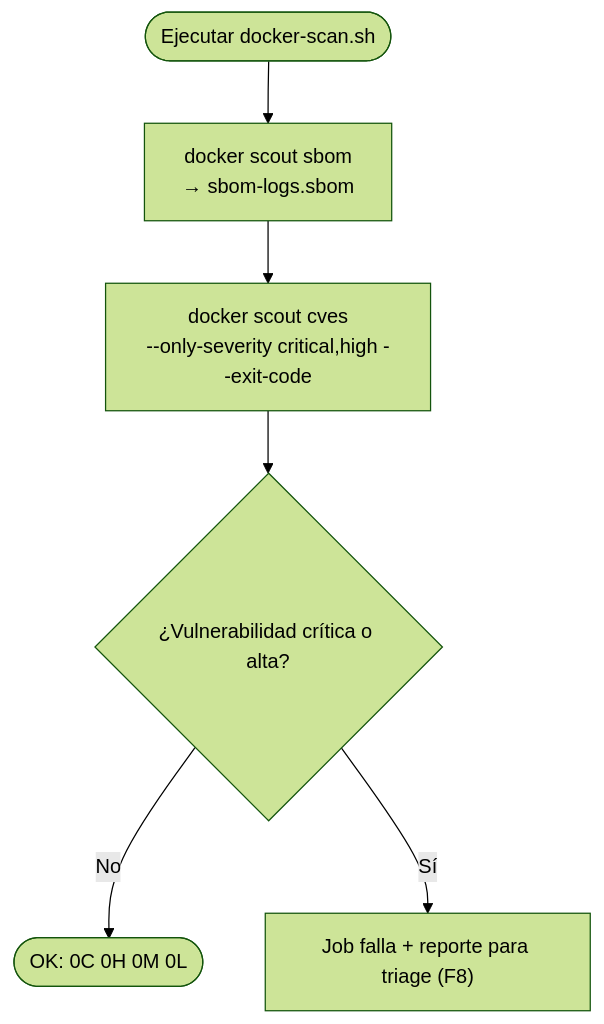
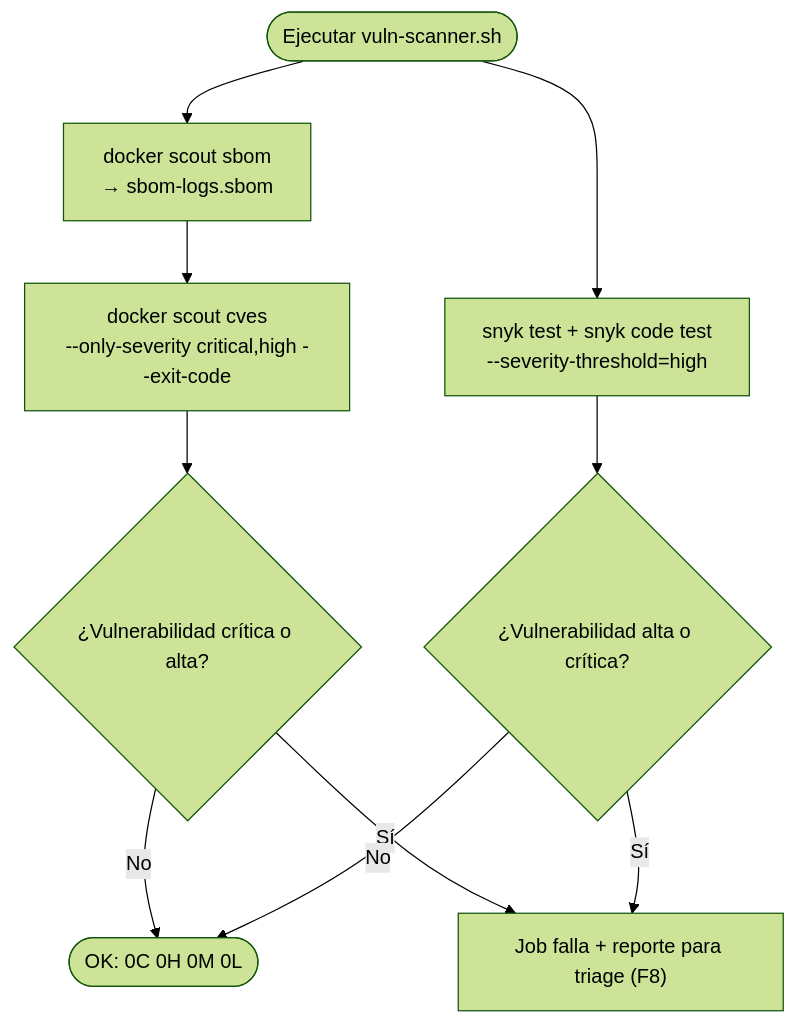
Before and after one commit to gcastrovInvenio/meg-backend: the seventh of 8 diagrams in docs/pentest-playbook.md, drawn with Mermaid (forest theme). The commit also changed other lines of this file and 4 other files, not shown here.

````diff
--- a/docs/pentest-playbook.md
+++ b/docs/pentest-playbook.md
@@ -267,8 +273,12 @@
 ```mermaid
 flowchart TD
-    A(["Ejecutar docker-scan.sh"]) --> B["docker scout sbom<br/>→ sbom-logs.sbom"]
+    A(["Ejecutar vuln-scanner.sh"]) --> B["docker scout sbom<br/>→ sbom-logs.sbom"]
     B --> C["docker scout cves<br/>--only-severity critical,high --exit-code"]
     C --> D{"¿Vulnerabilidad crítica o alta?"}
     D -- No --> E(["OK: 0C 0H 0M 0L"])
     D -- Sí --> F["Job falla + reporte para triage (F8)"]
+    A --> G["snyk test + snyk code test<br/>--severity-threshold=high"]
+    G --> H{"¿Vulnerabilidad alta o crítica?"}
+    H -- No --> E
+    H -- Sí --> F
 ```
````
